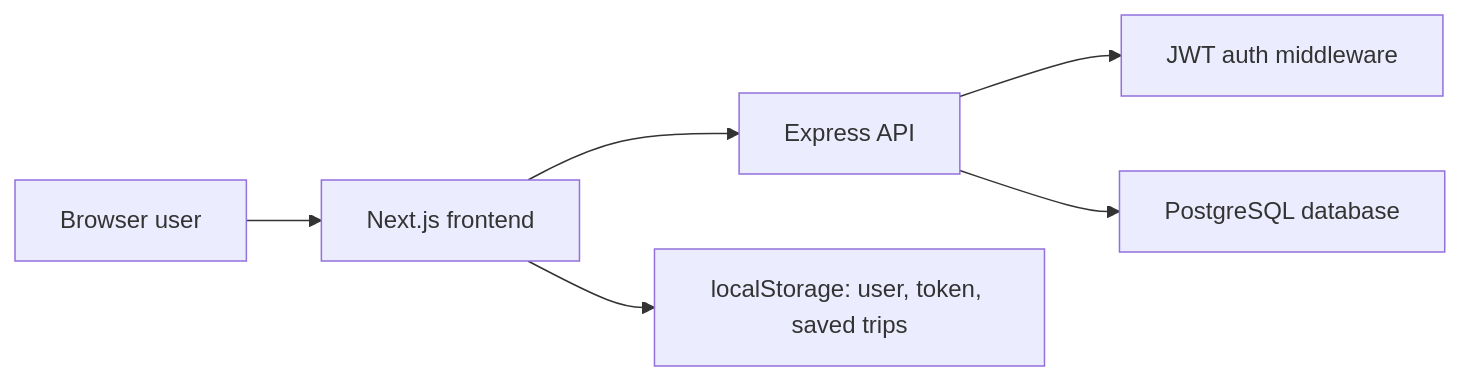
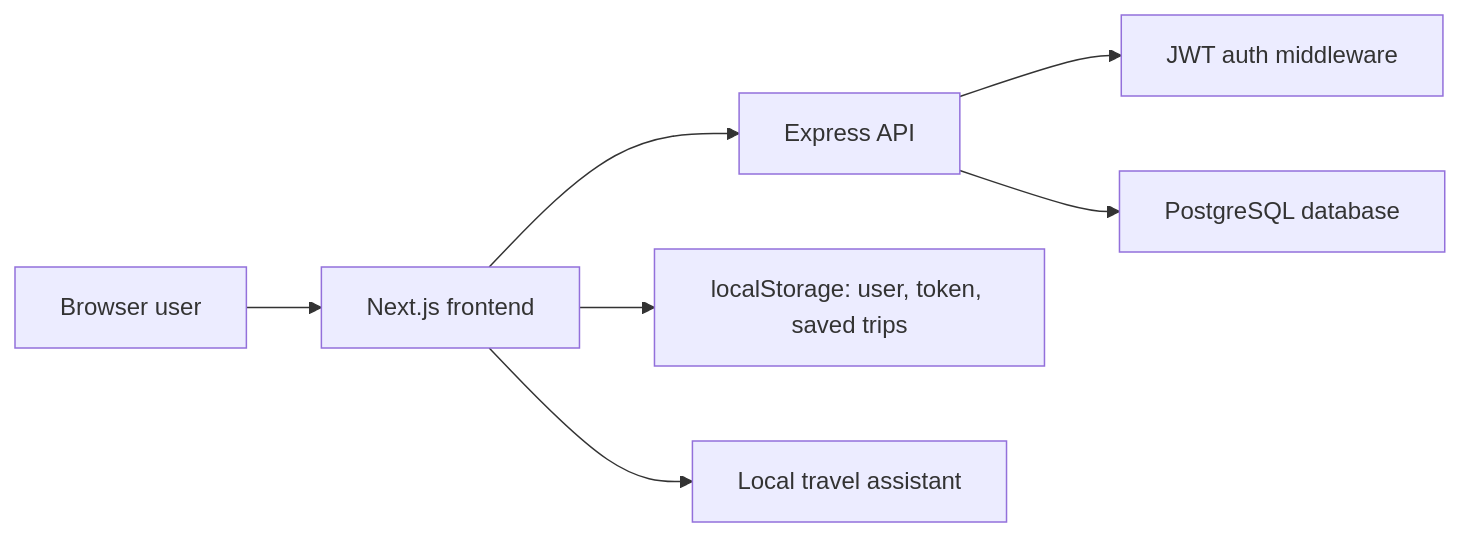
The first of 5 diagrams in ARCHITECTURE.md (kuppireddybhageerathareddy1110/globe-trek), drawn with Mermaid before and after one commit. The commit also changed other lines of this file and 4 other files, not shown here.

````diff
--- a/ARCHITECTURE.md
+++ b/ARCHITECTURE.md
@@ -12,8 +12,9 @@
 ```mermaid
 flowchart LR
   User["Browser user"] --> Next["Next.js frontend"]
   Next --> API["Express API"]
   API --> Auth["JWT auth middleware"]
   API --> DB["PostgreSQL database"]
   Next --> Storage["localStorage: user, token, saved trips"]
+  Next --> Assistant["Local travel assistant"]
 ```
````
